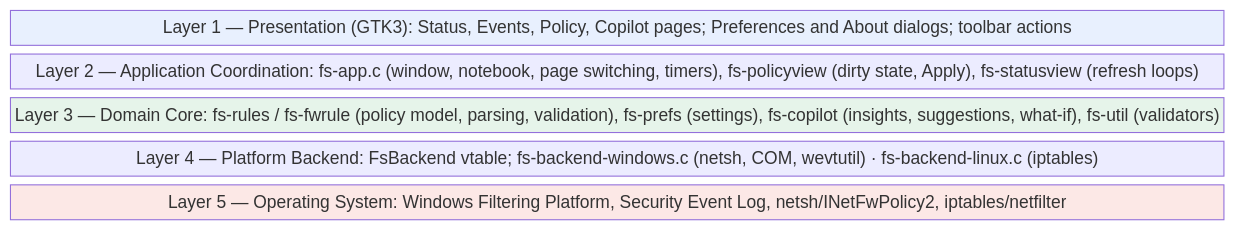
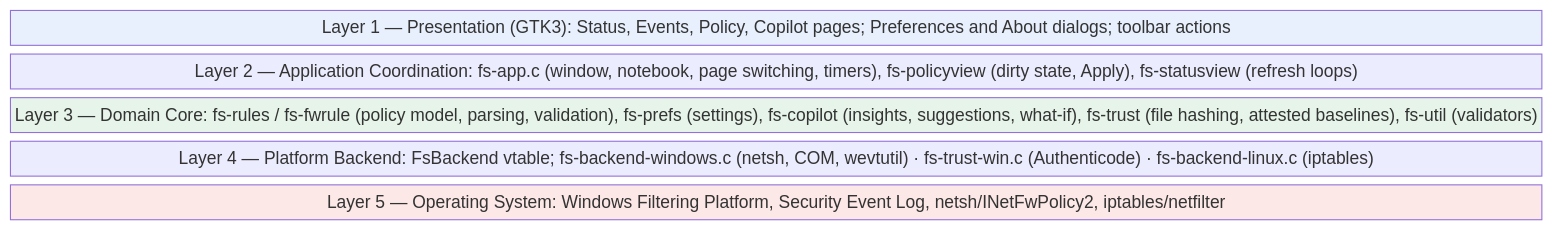
The second of 8 diagrams in docs/ARCHITECTURE-AND-SECURITY.md (Cazo-Net/StockFW), drawn with Mermaid before and after one commit. The commit also changed other lines of this file and 12 other files, not shown here.

Commit message:
Trust engine: SHA-256 inspect, offline Authenticode through the backend vtable, attested baselines that notice changed bytes (P1)

````diff
--- a/docs/ARCHITECTURE-AND-SECURITY.md
+++ b/docs/ARCHITECTURE-AND-SECURITY.md
@@ -142,12 +142,12 @@
 ```mermaid
 block-beta
     columns 1
     L1["Layer 1 — Presentation (GTK3): Status, Events, Policy, Copilot pages; Preferences and About dialogs; toolbar actions"]
     L2["Layer 2 — Application Coordination: fs-app.c (window, notebook, page switching, timers), fs-policyview (dirty state, Apply), fs-statusview (refresh loops)"]
-    L3["Layer 3 — Domain Core: fs-rules / fs-fwrule (policy model, parsing, validation), fs-prefs (settings), fs-copilot (insights, suggestions, what-if), fs-util (validators)"]
-    L4["Layer 4 — Platform Backend: FsBackend vtable; fs-backend-windows.c (netsh, COM, wevtutil) · fs-backend-linux.c (iptables)"]
+    L3["Layer 3 — Domain Core: fs-rules / fs-fwrule (policy model, parsing, validation), fs-prefs (settings), fs-copilot (insights, suggestions, what-if), fs-trust (file hashing, attested baselines), fs-util (validators)"]
+    L4["Layer 4 — Platform Backend: FsBackend vtable; fs-backend-windows.c (netsh, COM, wevtutil) · fs-trust-win.c (Authenticode) · fs-backend-linux.c (iptables)"]
     L5["Layer 5 — Operating System: Windows Filtering Platform, Security Event Log, netsh/INetFwPolicy2, iptables/netfilter"]
     style L1 fill:#e8f0fe
     style L3 fill:#e6f4ea
     style L5 fill:#fce8e6
 ```
````
